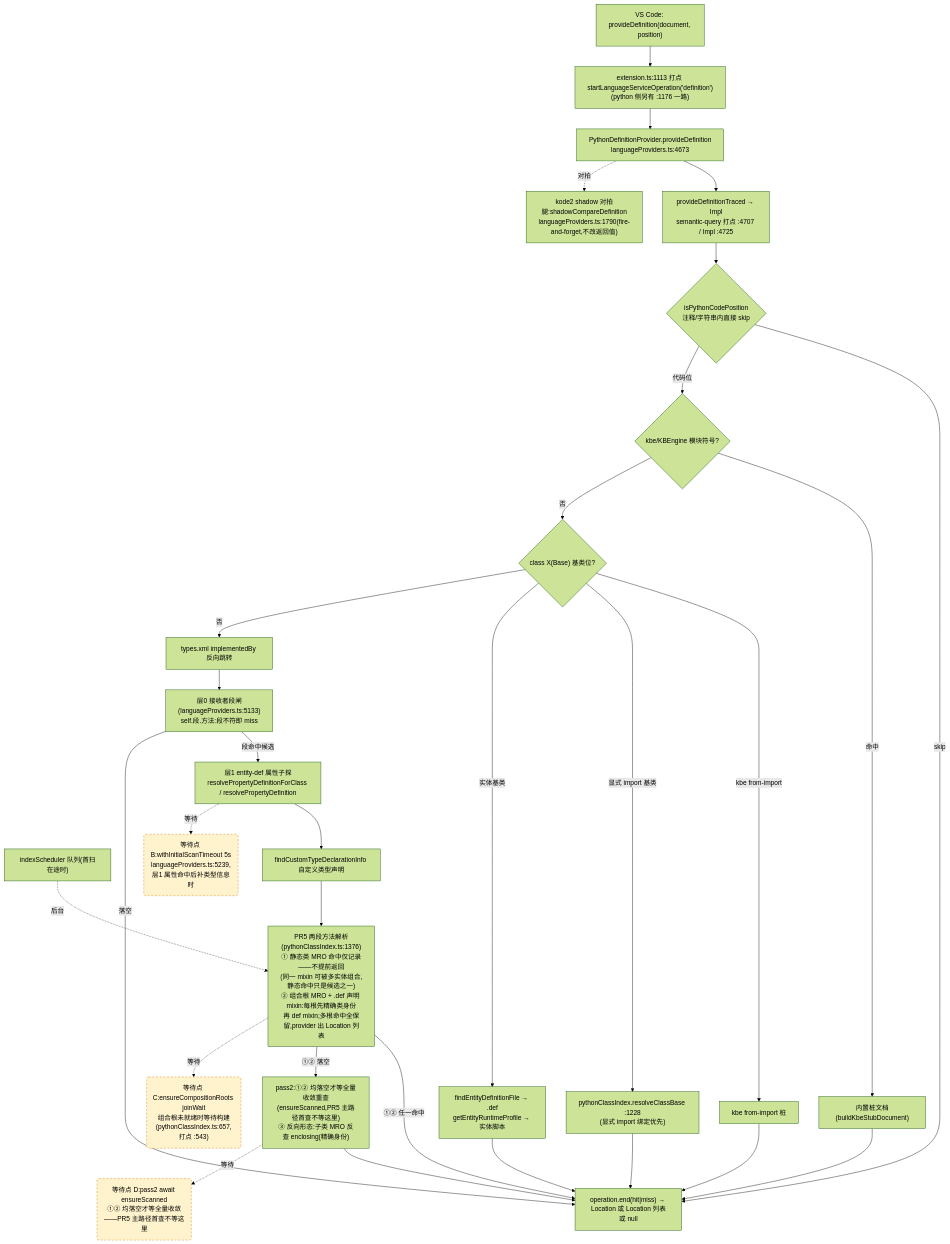
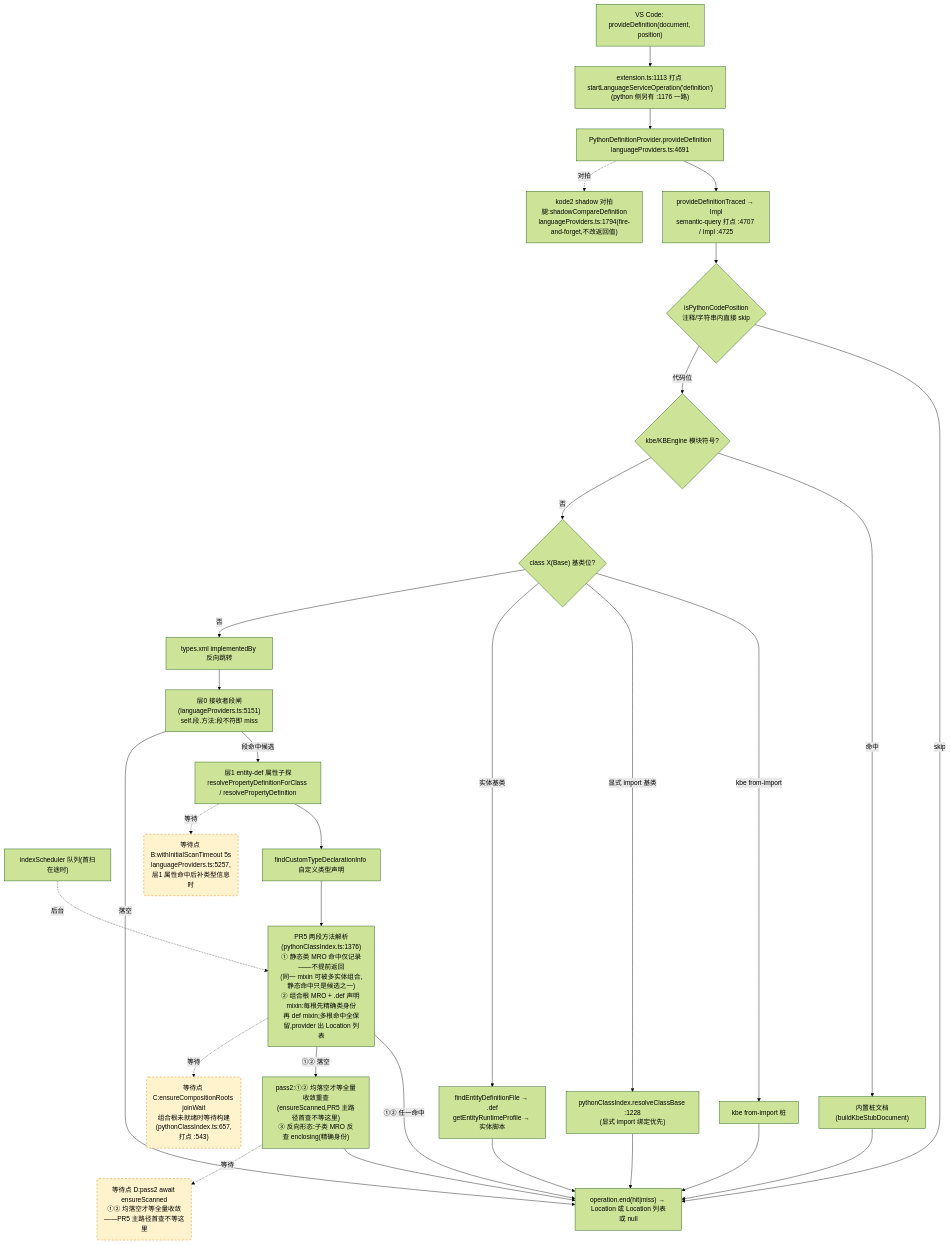
The second of 4 diagrams in docs/perf/2026-baseline.md (cuihairu/kode), drawn with Mermaid (forest theme) before and after one commit. The commit also changed other lines of this file and 4 other files, not shown here.

````diff
--- a/docs/perf/2026-baseline.md
+++ b/docs/perf/2026-baseline.md
@@ -130,51 +130,51 @@
 ```mermaid
 flowchart TD
   VC2["VS Code: provideDefinition(document, position)"]
   M2["extension.ts:1113 打点 startLanguageServiceOperation('definition')<br/>(python 侧另有 :1176 一路)"]
-  AD2["PythonDefinitionProvider.provideDefinition<br/>languageProviders.ts:4673"]
+  AD2["PythonDefinitionProvider.provideDefinition<br/>languageProviders.ts:4691"]
   TR["provideDefinitionTraced → Impl<br/>semantic-query 打点 :4707 / Impl :4725"]
   CTX{"isPythonCodePosition<br/>注释/字符串内直接 skip"}
   KBE{"kbe/KBEngine 模块符号?"}
   STUB["内置桩文档(buildKbeStubDocument)"]
   CB{"class X(Base) 基类位?"}
   CB1["kbe from-import 桩"]
   CB2["pythonClassIndex.resolveClassBase :1228<br/>(显式 import 绑定优先)"]
   CB3["findEntityDefinitionFile → .def<br/>getEntityRuntimeProfile → 实体脚本"]
   REV["types.xml implementedBy 反向跳转"]
-  L0["层0 接收者段闸(languageProviders.ts:5133)<br/>self.段.方法:段不符即 miss"]
+  L0["层0 接收者段闸(languageProviders.ts:5151)<br/>self.段.方法:段不符即 miss"]
   L1["层1 entity-def 属性子探<br/>resolvePropertyDefinitionForClass / resolvePropertyDefinition"]
   SCAN["indexScheduler 队列(首扫在途时)"]
   TY["findCustomTypeDeclarationInfo 自定义类型声明"]
   MRO["PR5 两段方法解析(pythonClassIndex.ts:1376)<br/>① 静态类 MRO 命中仅记录——不提前返回<br/>(同一 mixin 可被多实体组合,静态命中只是候选之一)<br/>② 组合根 MRO + .def 声明 mixin:每根先精确类身份<br/>再 def mixin;多根命中全保留,provider 出 Location 列表"]
   PASS2["pass2:①② 均落空才等全量收敛重查<br/>(ensureScanned,PR5 主路径首查不等这里)<br/>③ 反向形态:子类 MRO 反查 enclosing(精确身份)"]
-  SHD["kode2 shadow 对拍腿:shadowCompareDefinition<br/>languageProviders.ts:1790(fire-and-forget,不改返回值)"]
+  SHD["kode2 shadow 对拍腿:shadowCompareDefinition<br/>languageProviders.ts:1794(fire-and-forget,不改返回值)"]
   END2["operation.end(hit|miss) → Location 或 Location 列表或 null"]
 
   VC2 --> M2 --> AD2 --> TR --> CTX
   CTX -- "skip" --> END2
   CTX -- "代码位" --> KBE
   KBE -- "命中" --> STUB --> END2
   KBE -- "否" --> CB
   CB -- "kbe from-import" --> CB1 --> END2
   CB -- "显式 import 基类" --> CB2 --> END2
   CB -- "实体基类" --> CB3 --> END2
   CB -- "否" --> REV --> L0
   L0 -- "段命中候选" --> L1
   L0 -- "落空" --> END2
   L1 --> TY
   TY --> MRO
   MRO -- "①② 任一命中" --> END2
   MRO -- "①② 落空" --> PASS2 --> END2
   AD2 -.->|对拍| SHD
 
-  WAITB("等待点 B:withInitialScanTimeout 5s<br/>languageProviders.ts:5239,层1 属性命中后补类型信息时")
+  WAITB("等待点 B:withInitialScanTimeout 5s<br/>languageProviders.ts:5257,层1 属性命中后补类型信息时")
   WAITC("等待点 C:ensureCompositionRoots joinWait<br/>组合根未就绪时等待构建(pythonClassIndex.ts:657,打点 :543)")
   WAITD("等待点 D:pass2 await ensureScanned<br/>①② 均落空才等全量收敛——PR5 主路径首查不等这里")
   L1 -.->|等待| WAITB
   MRO -.->|等待| WAITC
   PASS2 -.->|等待| WAITD
   SCAN -.->|后台| MRO
 
   classDef waitPoint fill:#fff3cd,stroke:#d97706,stroke-dasharray:5 4;
   class WAITB,WAITC,WAITD waitPoint;
 ```
````
